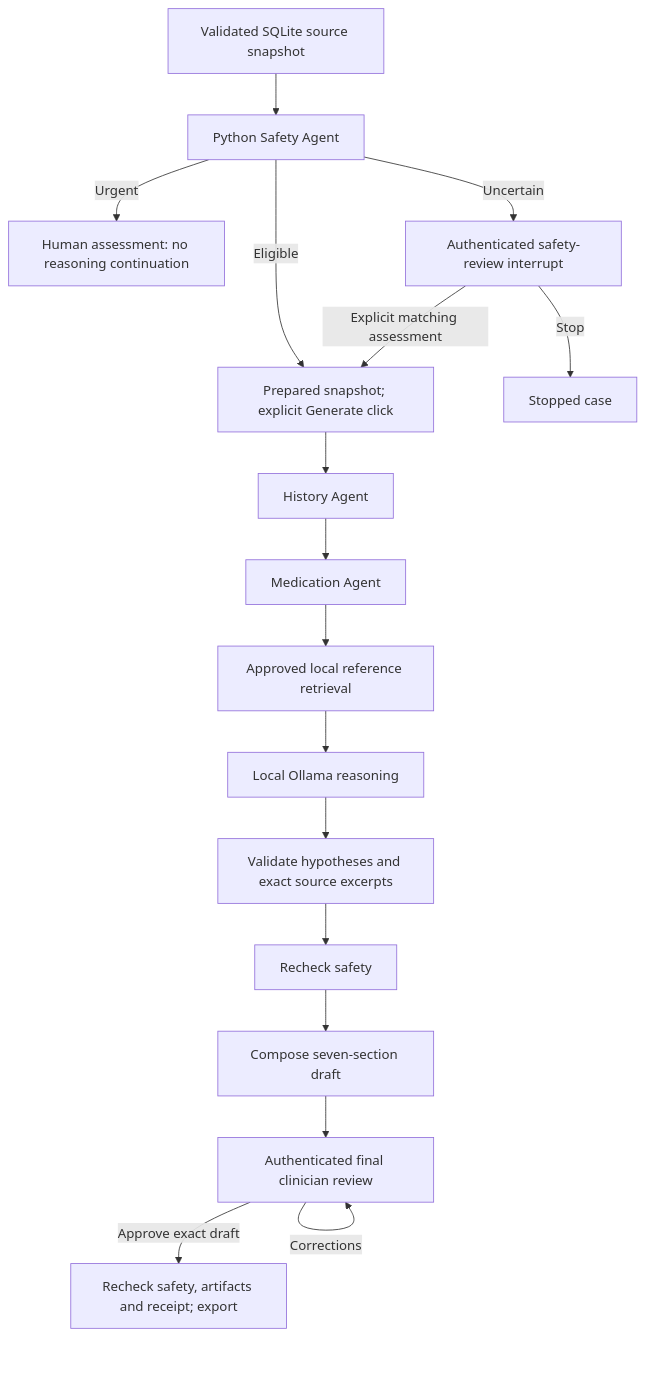
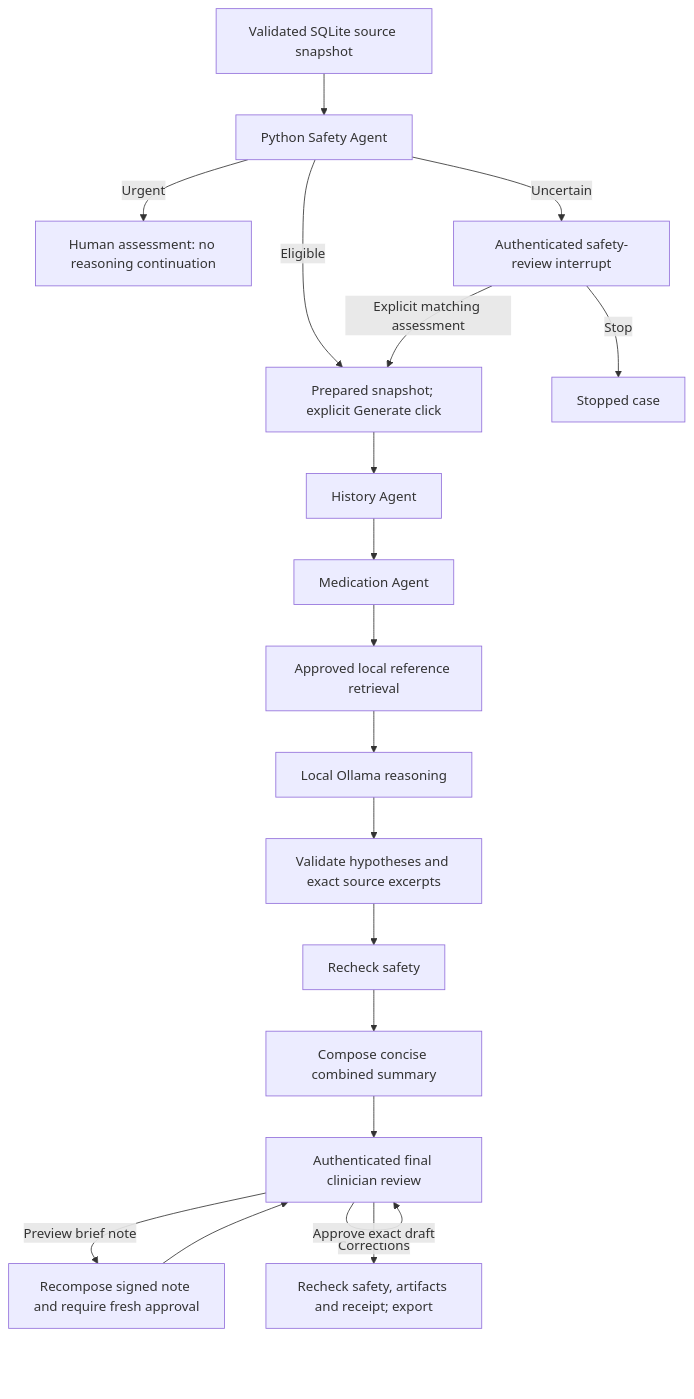
The diagram in docs/ARCHITECTURE.md (LilyC2024/Medical-AI), drawn with Mermaid before and after one commit. The commit also changed other lines of this file and 46 other files, not shown here.

First line of the commit message:
Include CT inspection in a concise clinician-reviewed summary

````diff
--- a/docs/ARCHITECTURE.md
+++ b/docs/ARCHITECTURE.md
@@ -11,19 +11,21 @@
 ```mermaid
 flowchart TD
     DB[Validated SQLite source snapshot] --> S[Python Safety Agent]
     S -->|Urgent| U[Human assessment: no reasoning continuation]
     S -->|Uncertain| H[Authenticated safety-review interrupt]
     S -->|Eligible| G[Prepared snapshot; explicit Generate click]
     H -->|Explicit matching assessment| G
     G --> A[History Agent]
     H -->|Stop| X[Stopped case]
     A --> M[Medication Agent]
     M --> E[Approved local reference retrieval]
     E --> R[Local Ollama reasoning]
     R --> V[Validate hypotheses and exact source excerpts]
     V --> F[Recheck safety]
-    F --> D[Compose seven-section draft]
+    F --> D[Compose concise combined summary]
     D --> C[Authenticated final clinician review]
+    C -->|Preview brief note| N[Recompose signed note and require fresh approval]
+    N --> C
     C -->|Corrections| C
     C -->|Approve exact draft| P[Recheck safety, artifacts and receipt; export]
 ```
````
